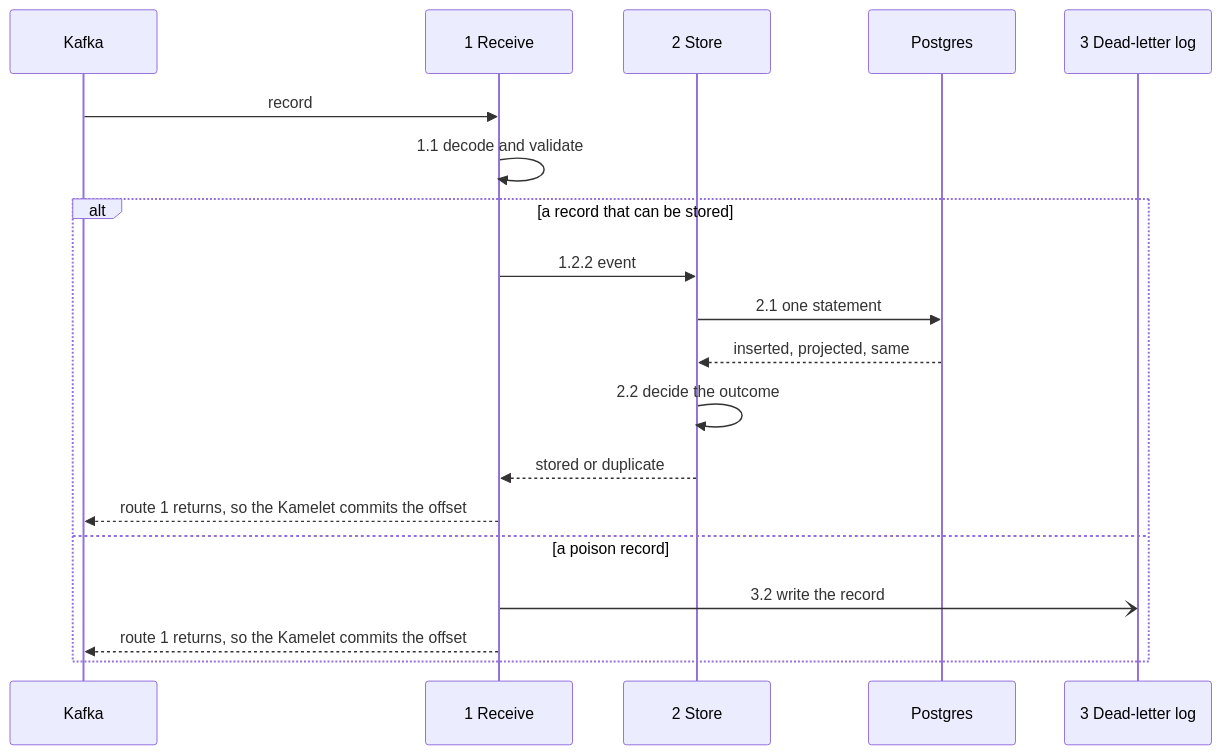
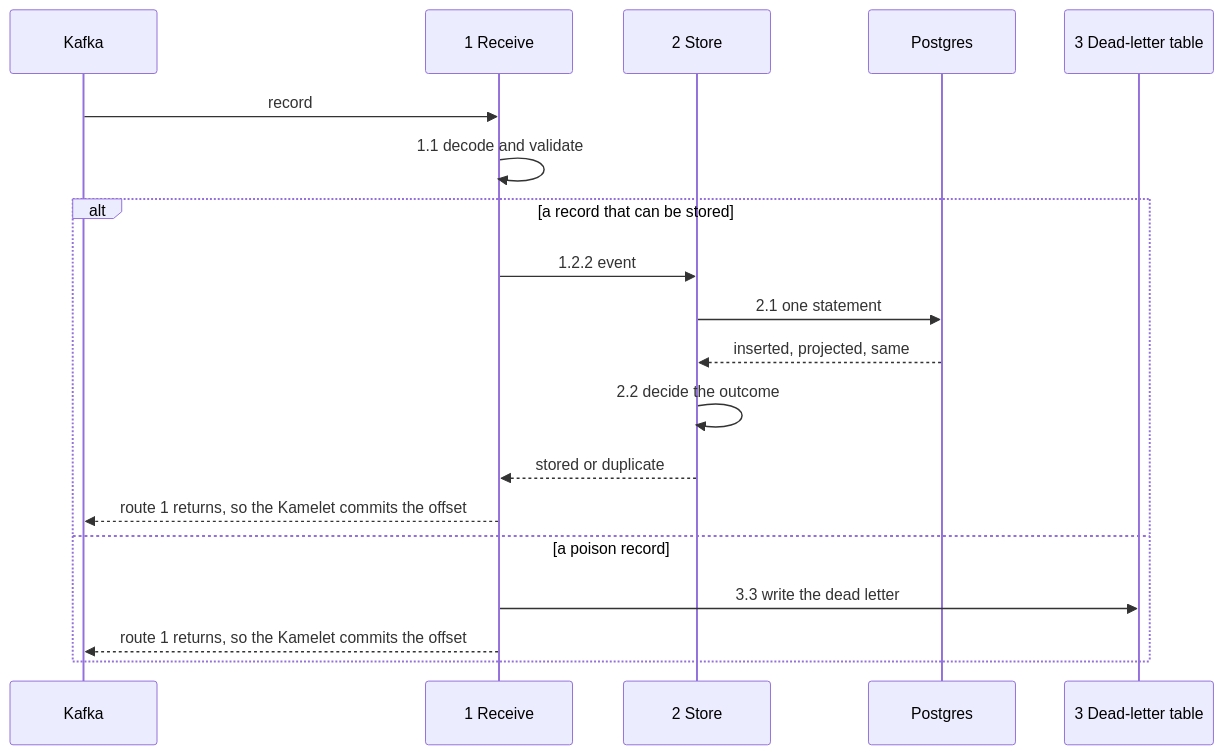
Before and after one commit to m-almeida-p/ms-ml-conv-history-consumer: the fifth of 5 diagrams in docs/design.md, drawn with Mermaid. The commit also changed other lines of this file and 18 other files, not shown here.

First line of the commit message:
Dead letters go to the shared table dead_letter.dead_letters, the log keeps one line without the record

````diff
--- a/docs/design.md
+++ b/docs/design.md
@@ -158,22 +161,22 @@
 ```mermaid
 sequenceDiagram
     participant K as Kafka
     participant R as 1 Receive
     participant S as 2 Store
     participant P as Postgres
-    participant L as 3 Dead-letter log
+    participant L as 3 Dead-letter table
 
     K->>R: record
     R->>R: 1.1 decode and validate
     alt a record that can be stored
         R->>S: 1.2.2 event
         S->>P: 2.1 one statement
         P-->>S: inserted, projected, same
         S->>S: 2.2 decide the outcome
         S-->>R: stored or duplicate
         R-->>K: route 1 returns, so the Kamelet commits the offset
     else a poison record
-        R-)L: 3.2 write the record
+        R->>L: 3.3 write the dead letter
         R-->>K: route 1 returns, so the Kamelet commits the offset
     end
 ```
````
